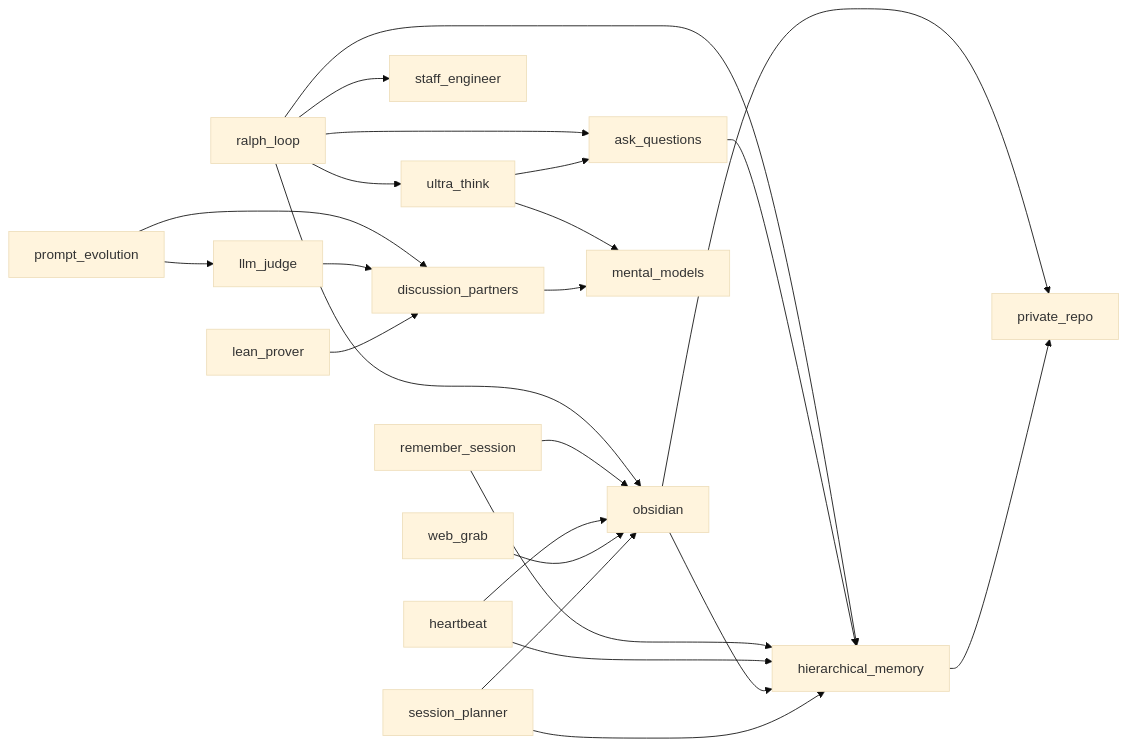
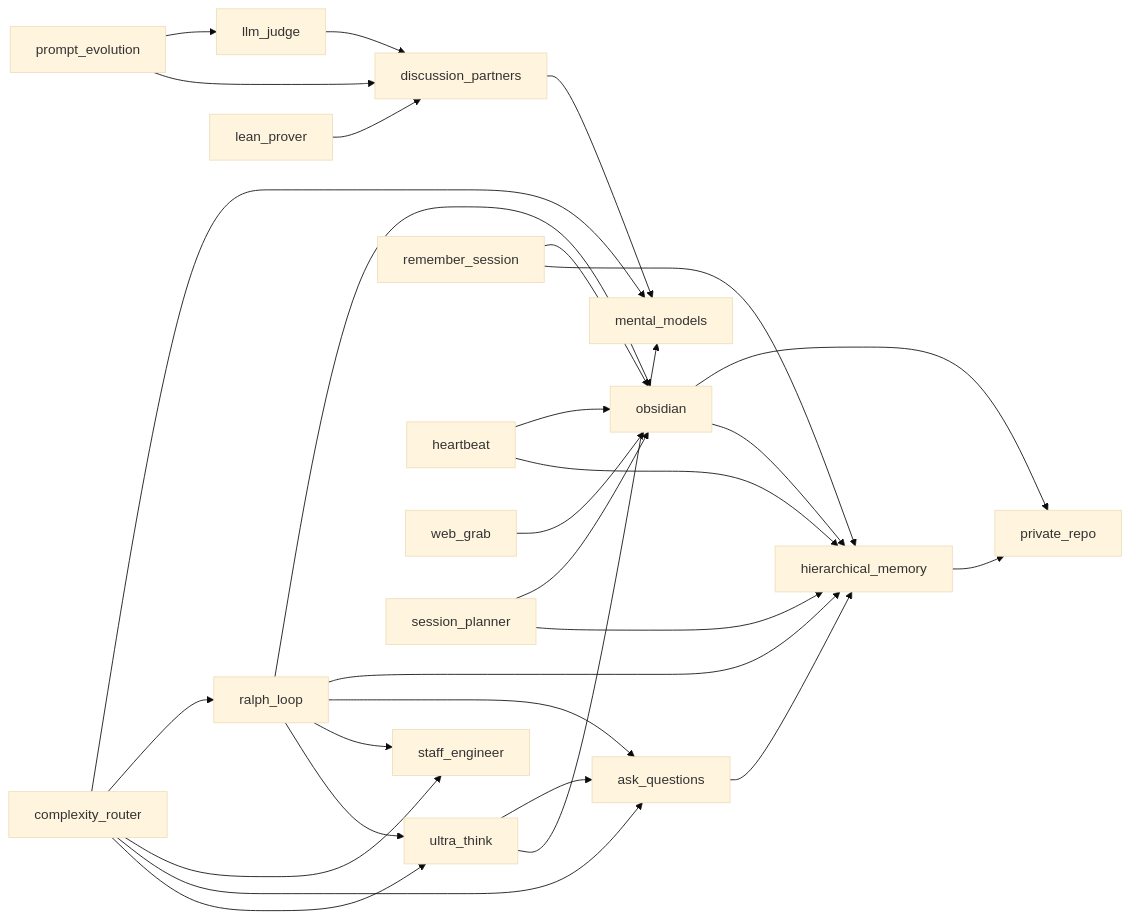
One commit to zachmayer/skills changed the diagram in README.md. Above: the diagram before and after it, drawn with Mermaid (base theme). The commit also changed other lines of this file and 1 other file, not shown here.

Commit message:
Add complexity router skill
Assess task complexity (simple/medium/complex) and route to
appropriate effort level. Routes simple tasks to direct action,
medium tasks to think-then-do with staff_engineer, and complex
tasks to full planning with ultra_think, ask_questions, and
ralph_loop.

````diff
--- a/README.md
+++ b/README.md
@@ -93,26 +94,31 @@
 ```mermaid
 graph LR
     ralph_loop --> ultra_think
     ralph_loop --> staff_engineer
     ralph_loop --> ask_questions
     ralph_loop --> hierarchical_memory
     ralph_loop --> obsidian
     ultra_think --> mental_models
     ultra_think --> ask_questions
     ask_questions --> hierarchical_memory
     prompt_evolution --> discussion_partners
     prompt_evolution --> llm_judge
     llm_judge --> discussion_partners
     discussion_partners --> mental_models
     remember_session --> hierarchical_memory
     remember_session --> obsidian
     heartbeat --> hierarchical_memory
     heartbeat --> obsidian
     obsidian --> hierarchical_memory
     obsidian --> private_repo
     hierarchical_memory --> private_repo
     web_grab --> obsidian
     lean_prover --> discussion_partners
     session_planner --> hierarchical_memory
     session_planner --> obsidian
+    complexity_router --> ultra_think
+    complexity_router --> ask_questions
+    complexity_router --> staff_engineer
+    complexity_router --> ralph_loop
+    complexity_router --> mental_models
 ```
````
